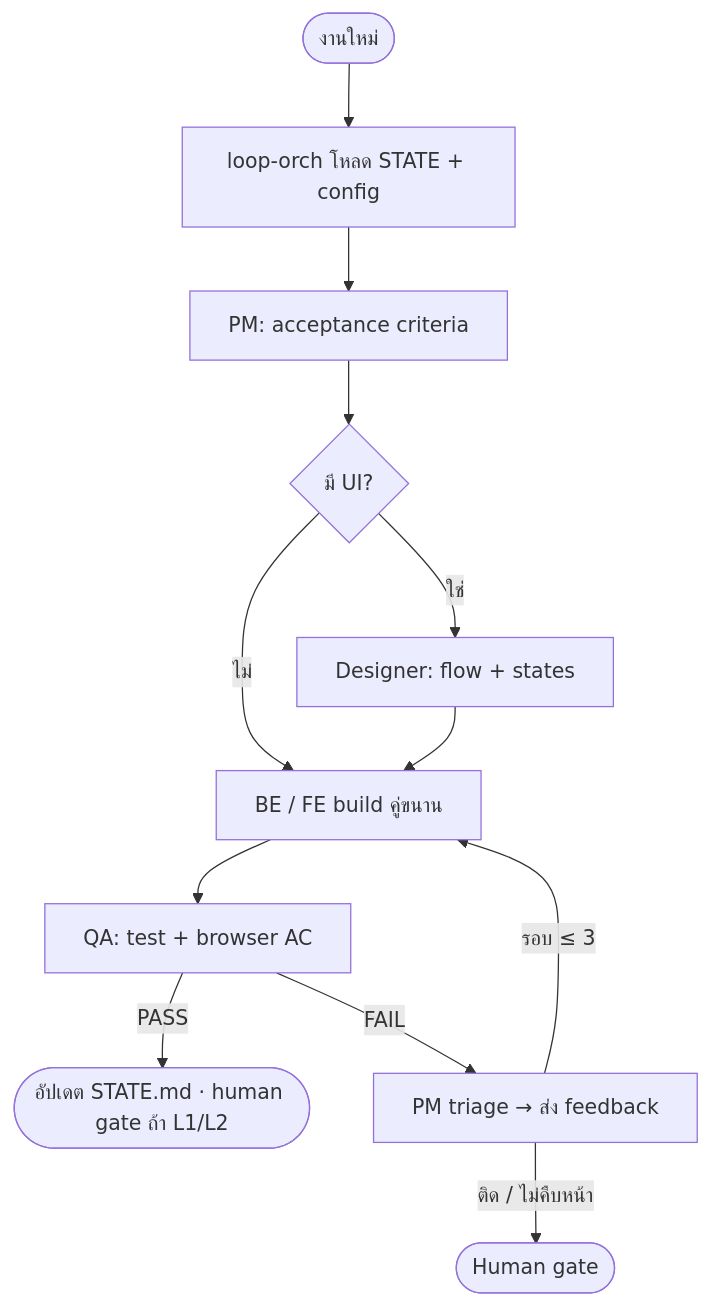
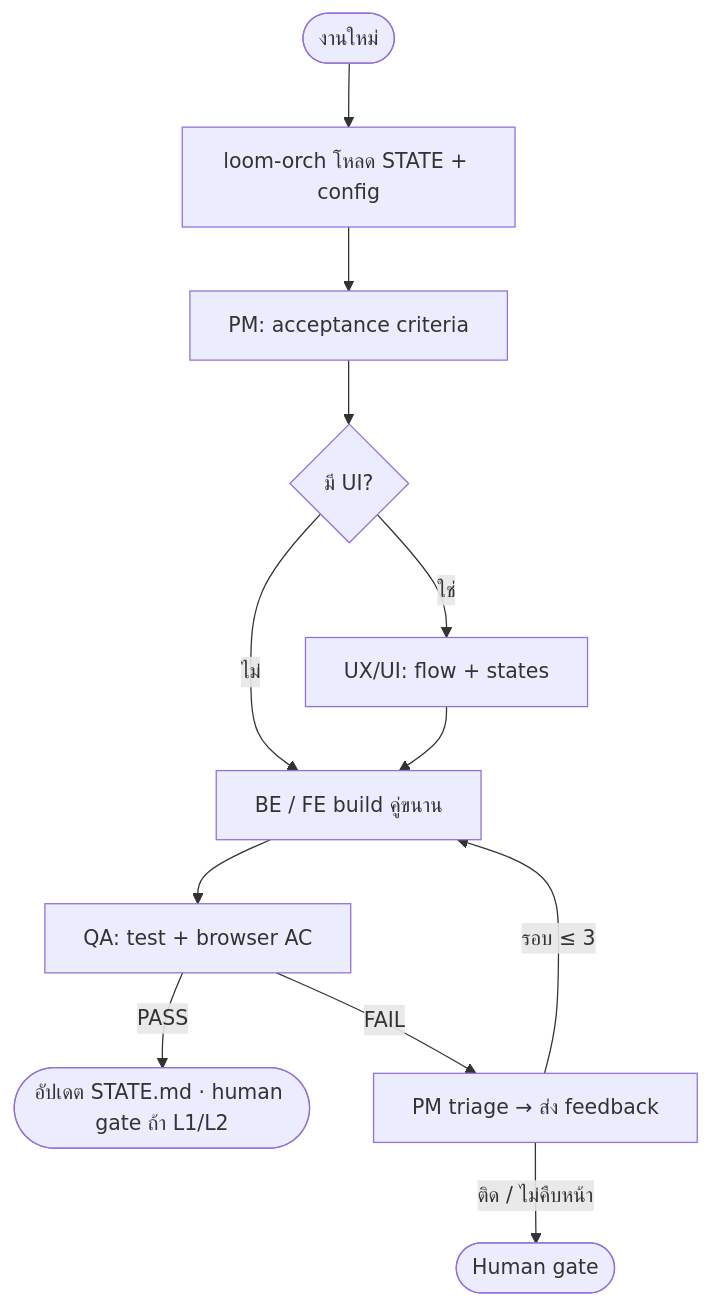
One commit to sukritnak/loom changed the second of 3 diagrams in README-TH.md. Above: the diagram before and after it, drawn with Mermaid. The commit also changed other lines of this file and 73 other files, not shown here.

````diff
--- a/README-TH.md
+++ b/README-TH.md
@@ -146,14 +146,14 @@
 ```mermaid
 flowchart TD
-  A([งานใหม่]) --> B[loop-orch โหลด STATE + config]
+  A([งานใหม่]) --> B[loom-orch โหลด STATE + config]
   B --> C[PM: acceptance criteria]
   C --> D{มี UI?}
-  D -->|ใช่| E[Designer: flow + states]
+  D -->|ใช่| E[UX/UI: flow + states]
   D -->|ไม่| F
   E --> F[BE / FE build คู่ขนาน]
   F --> G[QA: test + browser AC]
   G -->|PASS| H([อัปเดต STATE.md · human gate ถ้า L1/L2])
   G -->|FAIL| I[PM triage → ส่ง feedback]
   I -->|รอบ ≤ 3| F
   I -->|ติด / ไม่คืบหน้า| J([Human gate])
 ```
````
